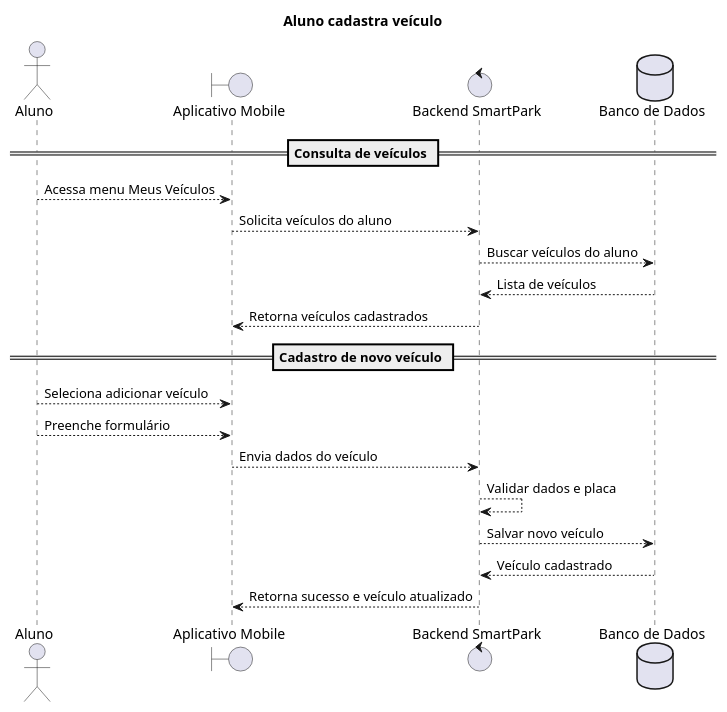
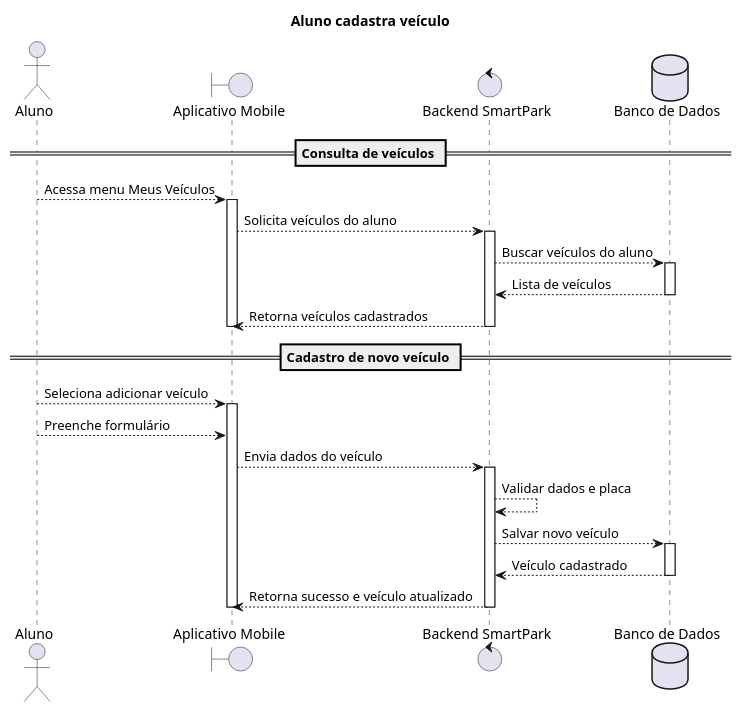
One commit to jjoaom/PS-PUCMG-SmartPark changed the diagram in code/sequencia/AlunoCadastraVeiculo.puml. Above: the diagram before and after it, drawn with PlantUML. The commit also changed 5 other files, not shown here.

Commit message:
Fix: Sequence Diagrams

```diff
--- a/code/sequencia/AlunoCadastraVeiculo.puml
+++ b/code/sequencia/AlunoCadastraVeiculo.puml
@@ -1,40 +1,44 @@
 @startuml
 title "Aluno cadastra veículo"
 
 actor Aluno
 
 boundary "Aplicativo Mobile" as Frontend
 
 control "Backend SmartPark" as Backend
 
 database "Banco de Dados" as DB
 
 == Consulta de veículos ==
 
 Aluno --> Frontend: Acessa menu Meus Veículos
-
+activate Frontend
 Frontend --> Backend: Solicita veículos do aluno
-
+activate Backend
 Backend --> DB: Buscar veículos do aluno
-
+activate DB
 DB --> Backend: Lista de veículos
-
+deactivate DB
 Backend --> Frontend: Retorna veículos cadastrados
+deactivate Backend
+deactivate Frontend
 
 == Cadastro de novo veículo ==
 
 Aluno --> Frontend: Seleciona adicionar veículo
-
+activate Frontend
 Aluno --> Frontend: Preenche formulário
 
 Frontend --> Backend: Envia dados do veículo
-
+activate Backend
 Backend --> Backend: Validar dados e placa
 
 Backend --> DB: Salvar novo veículo
-
+activate DB
 DB --> Backend: Veículo cadastrado
-
+deactivate DB
 Backend --> Frontend: Retorna sucesso e veículo atualizado
+deactivate Backend
+deactivate Frontend
 
 @enduml
```
